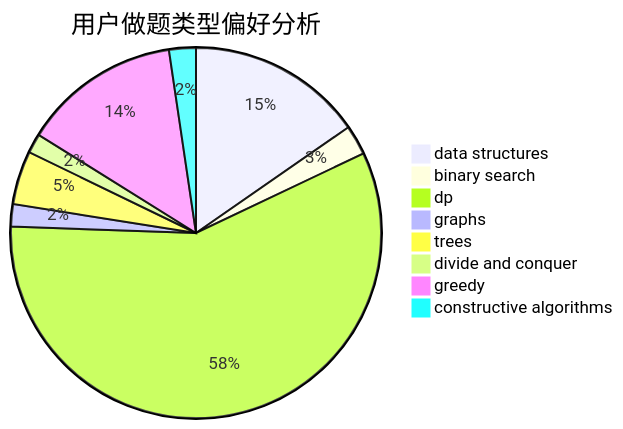
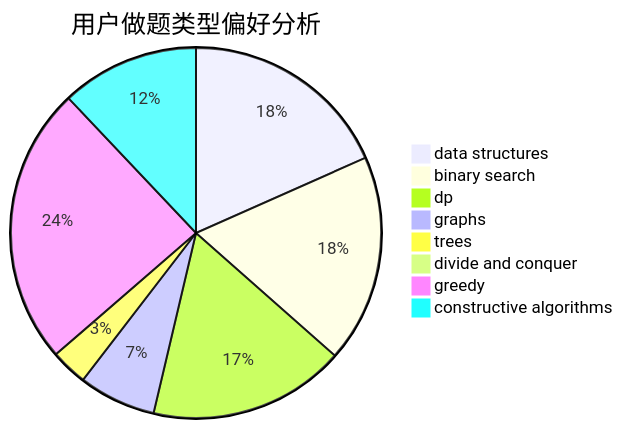
Before and after one commit to sherpahu/cfrs.github.io: the second of 3 diagrams in docs/user/u2147.md, drawn with Mermaid. The commit also changed other lines of this file and 2770 other files, not shown here.

````diff
--- a/docs/user/u2147.md
+++ b/docs/user/u2147.md
@@ -23,11 +23,11 @@
 ```mermaid
 pie title 用户做题类型偏好分析
-    "data structures" :  118
-    "binary search" :  20
-    "dp" :  443
-    "graphs" :  15
-    "trees" :  36
-    "divide and conquer" :  13
-    "greedy" :  106
-    "constructive algorithms" :  18
+    "data structures" :  481
+    "binary search" :  476
+    "dp" :  450
+    "graphs" :  177
+    "trees" :  84
+    "divide and conquer" :  10
+    "greedy" :  637
+    "constructive algorithms" :  316
 ```
````
